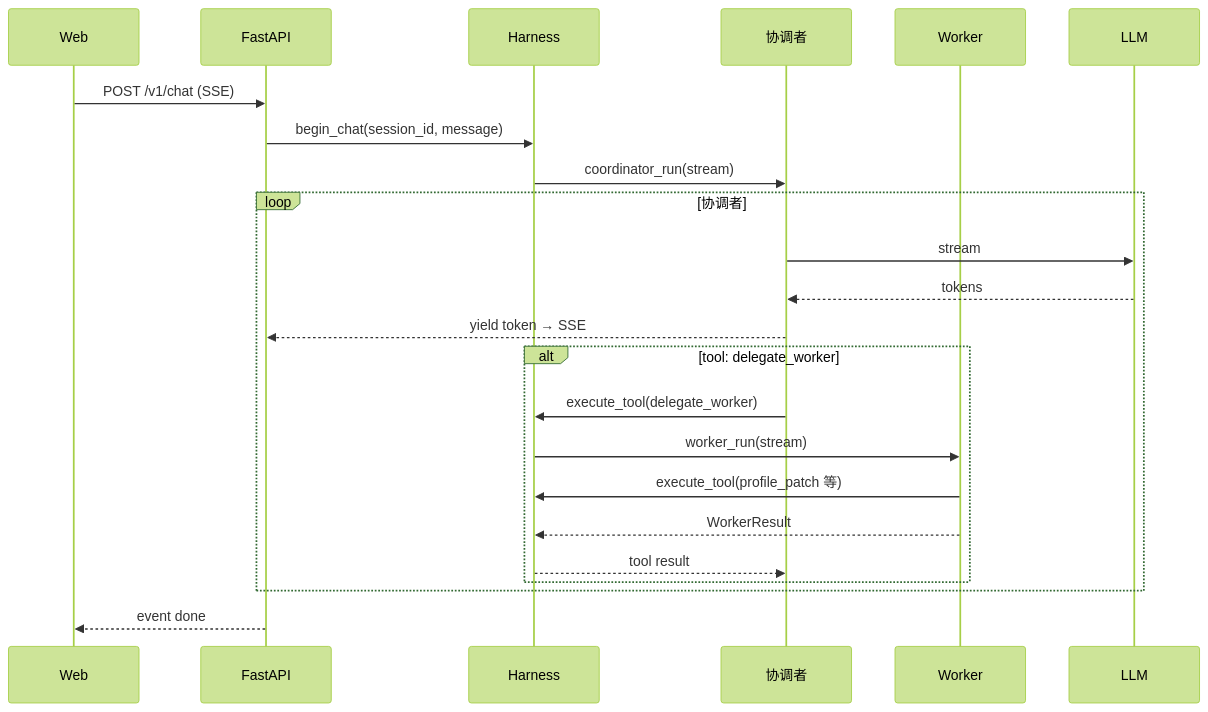
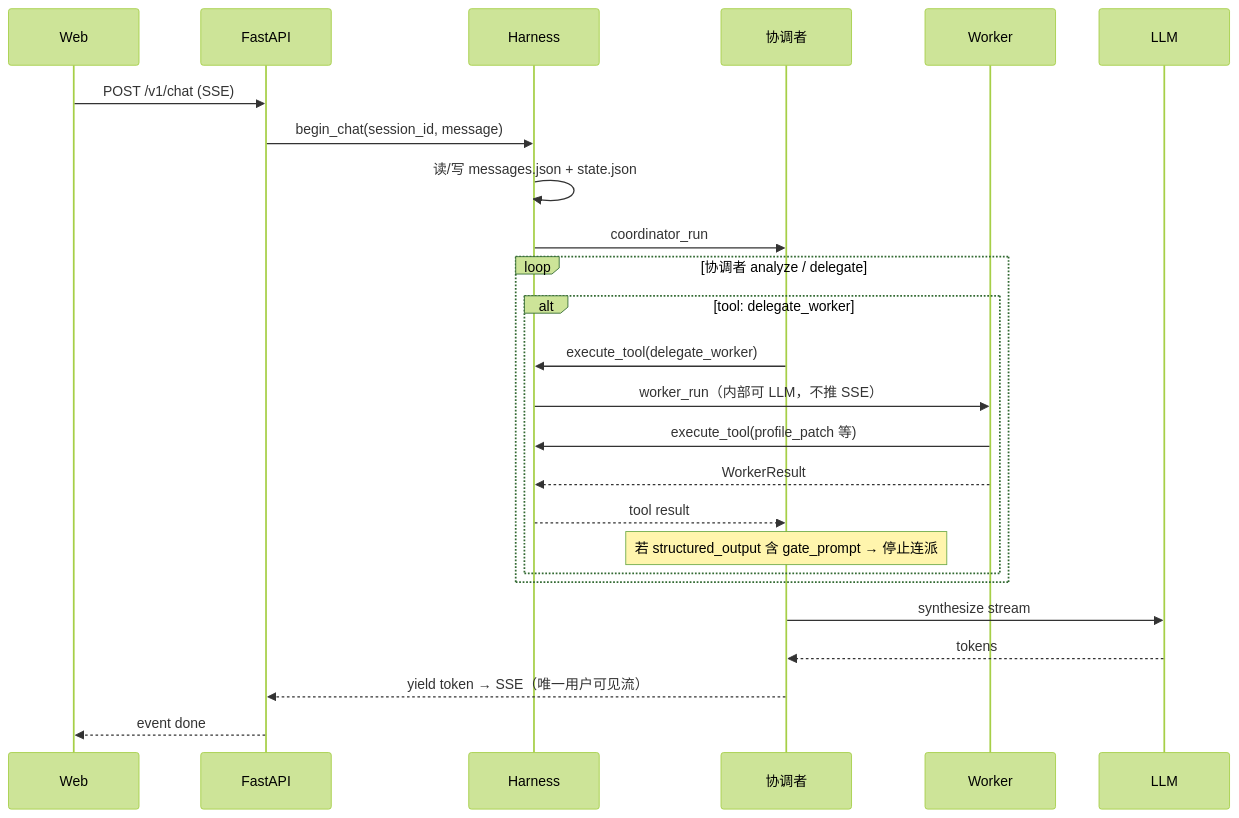
One commit to CatNum/AI-Optimized-Resume-V2 changed the second of 2 diagrams in docs/architecture/04-应用运行时与部署.md. Above: the diagram before and after it, drawn with Mermaid (forest theme). The commit also changed other lines of this file and 13 other files, not shown here.

First line of the commit message:
docs(architecture): 落地架构讨论结论与实施/eval 规范

````diff
--- a/docs/architecture/04-应用运行时与部署.md
+++ b/docs/architecture/04-应用运行时与部署.md
@@ -57,26 +57,28 @@
 ```mermaid
 sequenceDiagram
   participant Web
   participant API as FastAPI
   participant H as Harness
   participant C as 协调者
   participant W as Worker
   participant LLM
 
   Web->>API: POST /v1/chat (SSE)
   API->>H: begin_chat(session_id, message)
-  H->>C: coordinator_run(stream)
-  loop 协调者
-    C->>LLM: stream
-    LLM-->>C: tokens
-    C-->>API: yield token → SSE
+  H->>H: 读/写 messages.json + state.json
+  H->>C: coordinator_run
+  loop 协调者 analyze / delegate
     alt tool: delegate_worker
       C->>H: execute_tool(delegate_worker)
-      H->>W: worker_run(stream)
+      H->>W: worker_run（内部可 LLM，不推 SSE）
       W->>H: execute_tool(profile_patch 等)
       W-->>H: WorkerResult
       H-->>C: tool result
+      Note over C: 若 structured_output 含 gate_prompt → 停止连派
     end
   end
+  C->>LLM: synthesize stream
+  LLM-->>C: tokens
+  C-->>API: yield token → SSE（唯一用户可见流）
   API-->>Web: event done
 ```
````
